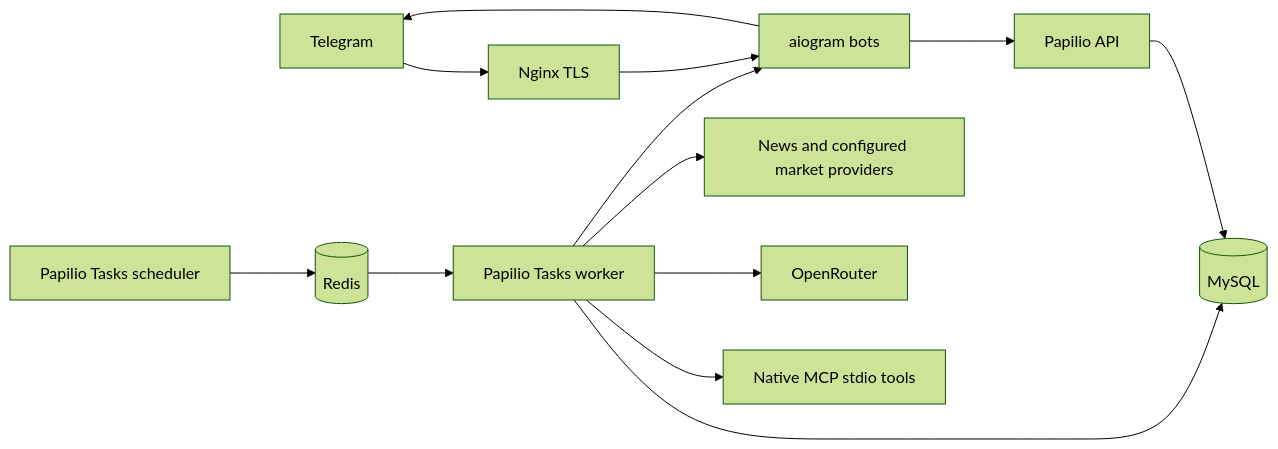
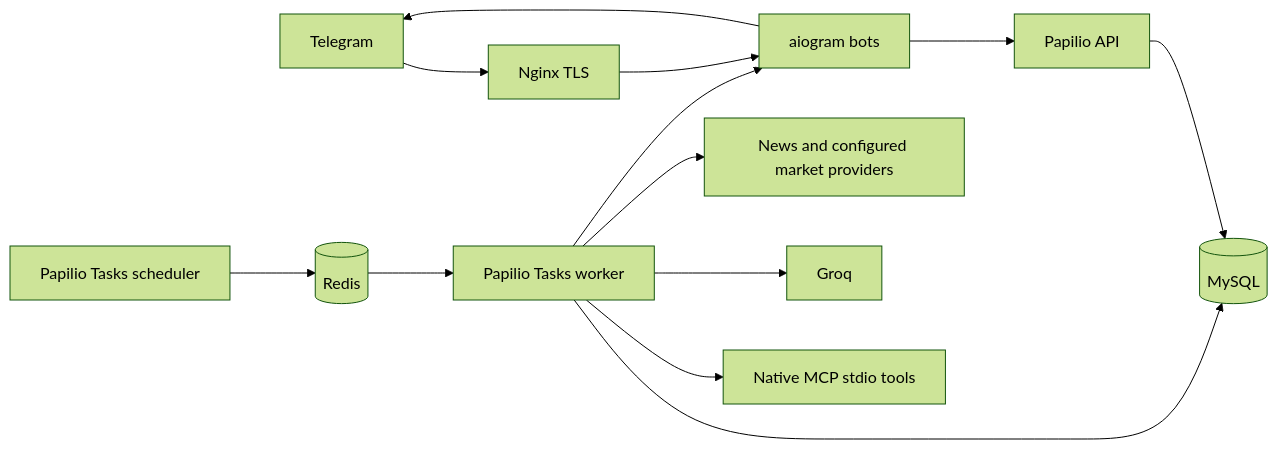
One commit to stupidprogrammer4/rick-and-morty changed the diagram in docs/architecture.md. Above: the diagram before and after it, drawn with Mermaid (forest theme). The commit also changed 23 other files, not shown here.

Commit message:
Migrate Rick to Groq with strict draft schemas and task prompts

````diff
--- a/docs/architecture.md
+++ b/docs/architecture.md
@@ -5,15 +5,15 @@
 ```mermaid
 flowchart LR
   T[Telegram] --> N[Nginx TLS]
   N --> B[aiogram bots]
   B --> A[Papilio API]
   A --> D[(MySQL)]
   S[Papilio Tasks scheduler] --> Q[(Redis)]
   Q --> W[Papilio Tasks worker]
   W --> D
   W --> M[Native MCP stdio tools]
-  W --> O[OpenRouter]
+  W --> O[Groq]
   W --> X[News and configured market providers]
   W --> B
   B --> T
 ```
````
